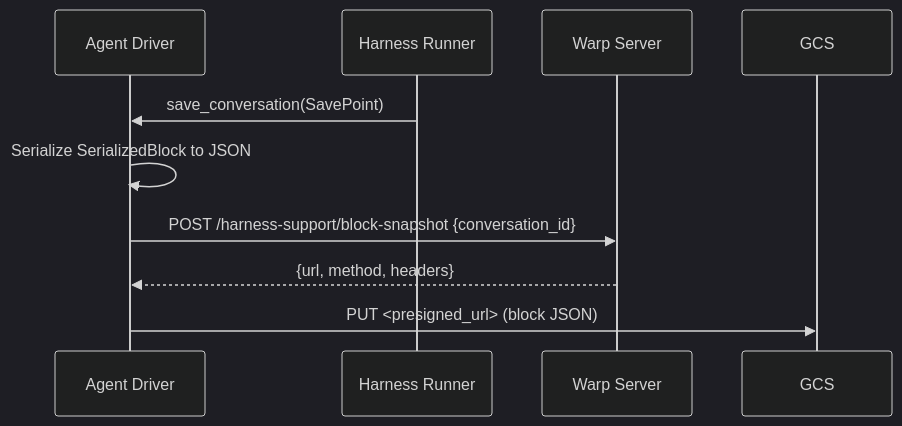
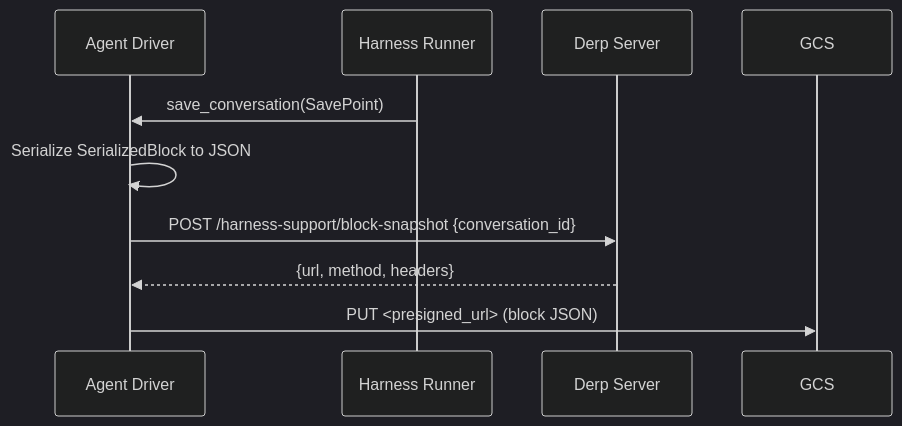
The second of 3 diagrams in specs/REMOTE-1332/TECH.md (antikrust/krust-terminal), drawn with Mermaid (dark theme) before and after one commit. The commit also changed other lines of this file and 9069 other files, not shown here.

First line of the commit message:
Rebrand Warp -> Derp; vendor and disconnect all external deps

````diff
--- a/specs/REMOTE-1332/TECH.md
+++ b/specs/REMOTE-1332/TECH.md
@@ -298,13 +298,13 @@
 ```mermaid
 sequenceDiagram
     participant Driver as Agent Driver
     participant Runner as Harness Runner
-    participant Server as Warp Server
+    participant Server as Derp Server
     participant GCS as GCS
 
     Runner->>Driver: save_conversation(SavePoint)
     Driver->>Driver: Serialize SerializedBlock to JSON
     Driver->>Server: POST /harness-support/block-snapshot {conversation_id}
     Server-->>Driver: {url, method, headers}
     Driver->>GCS: PUT <presigned_url> (block JSON)
 ```
````
